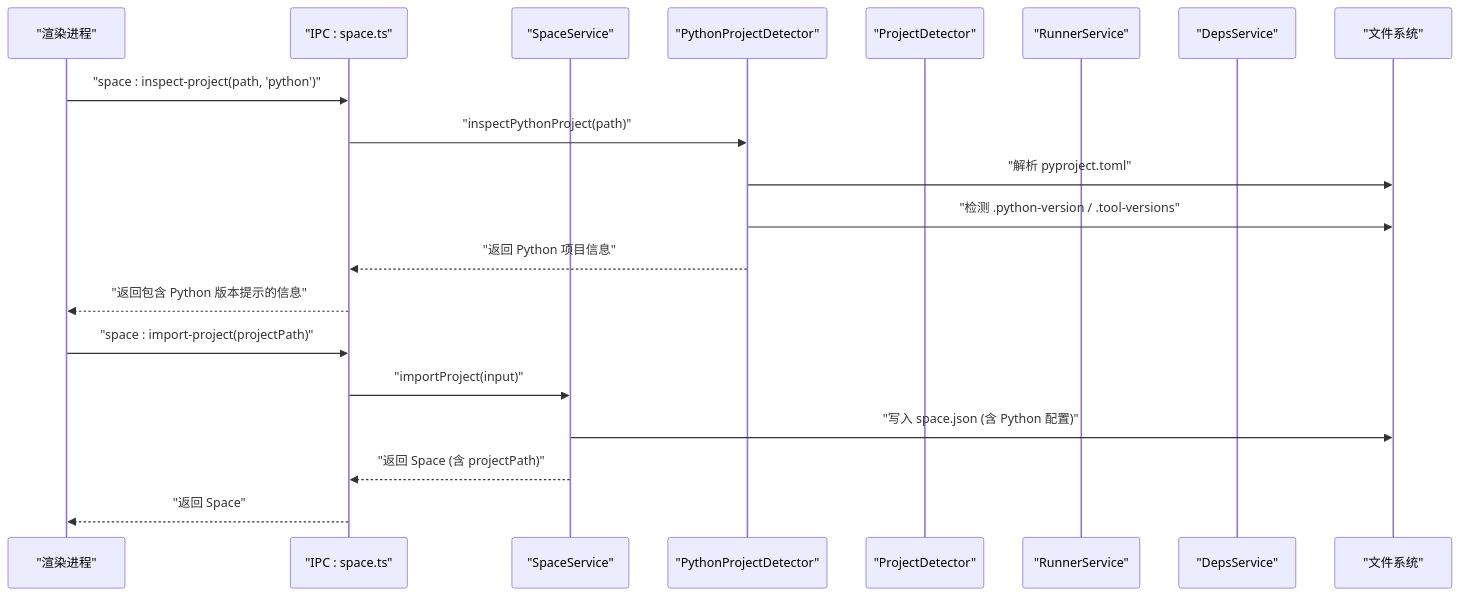
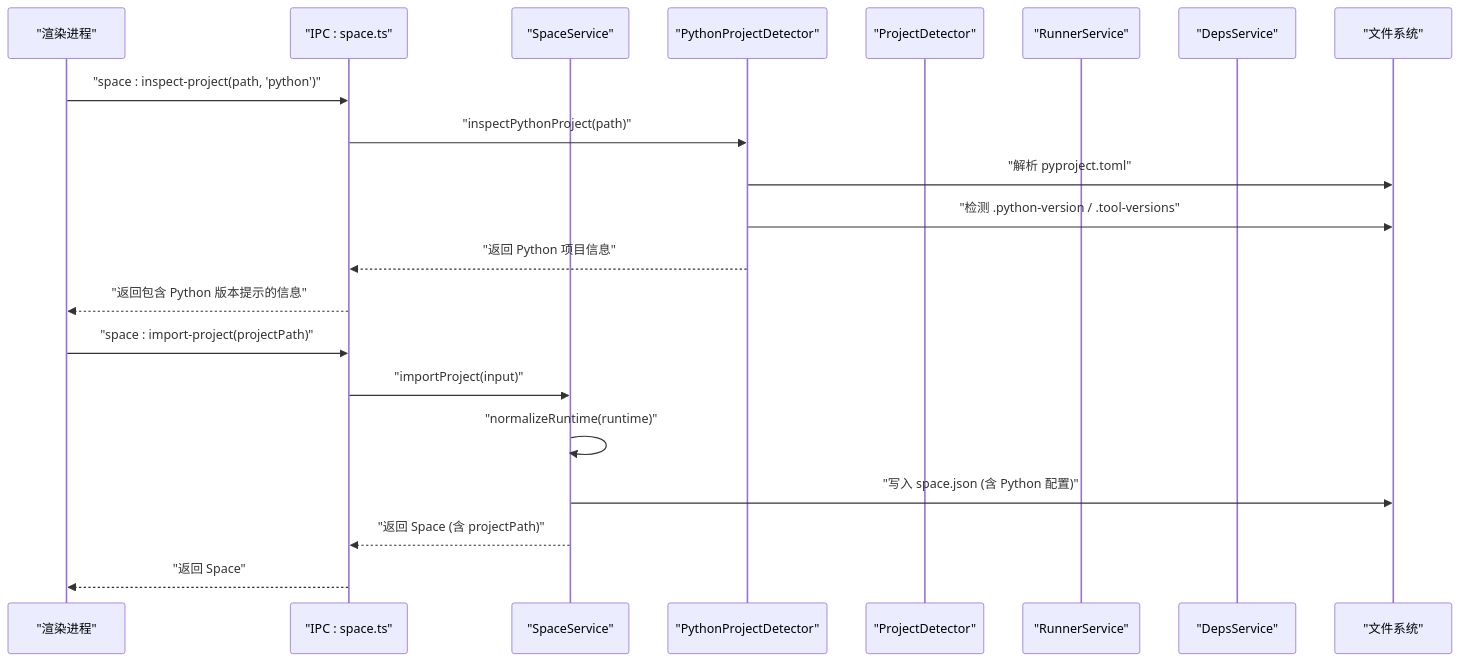
One commit to hozeeee/script-box changed the second of 14 diagrams in .qoder/repowiki/zh/content/核心服务层/Space 服务（项目空间管理）.md. Above: the diagram before and after it, drawn with Mermaid. The commit also changed other lines of this file and 2 other files, not shown here.

````diff
--- a/.qoder/repowiki/zh/content/核心服务层/Space 服务（项目空间管理）.md
+++ b/.qoder/repowiki/zh/content/核心服务层/Space 服务（项目空间管理）.md
@@ -133,22 +144,23 @@
 ```mermaid
 sequenceDiagram
 participant UI as "渲染进程"
 participant IPC as "IPC : space.ts"
 participant Svc as "SpaceService"
 participant PyProj as "PythonProjectDetector"
 participant Proj as "ProjectDetector"
 participant Run as "RunnerService"
 participant Deps as "DepsService"
 participant FS as "文件系统"
 UI->>IPC : "space : inspect-project(path, 'python')"
 IPC->>PyProj : "inspectPythonProject(path)"
 PyProj->>FS : "解析 pyproject.toml"
 PyProj->>FS : "检测 .python-version / .tool-versions"
 PyProj-->>IPC : "返回 Python 项目信息"
 IPC-->>UI : "返回包含 Python 版本提示的信息"
 UI->>IPC : "space : import-project(projectPath)"
 IPC->>Svc : "importProject(input)"
+Svc->>Svc : "normalizeRuntime(runtime)"
 Svc->>FS : "写入 space.json (含 Python 配置)"
 Svc-->>IPC : "返回 Space (含 projectPath)"
 IPC-->>UI : "返回 Space"
 ```
````
